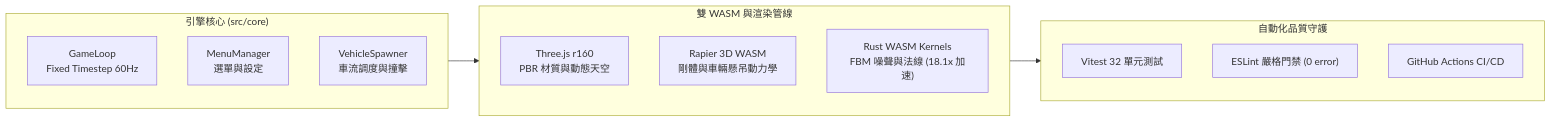
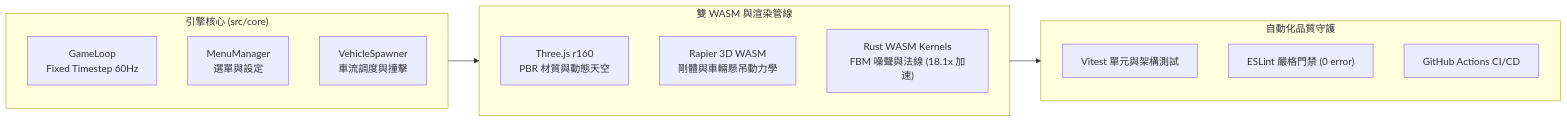
The diagram in README.md (howardtuan/YanlinGTA), drawn with Mermaid before and after one commit. The commit also changed other lines of this file and 11 other files, not shown here.

Commit message:
chore(docs): 整頓 GitHub Flow 開發規範 SSOT 與資料一致性測試

````diff
--- a/README.md
+++ b/README.md
@@ -85,23 +85,23 @@
 ```mermaid
 flowchart LR
     subgraph CoreEngine["引擎核心 (src/core)"]
         GameLoop["GameLoop<br/>Fixed Timestep 60Hz"]
         MenuManager["MenuManager<br/>選單與設定"]
         VehicleSpawner["VehicleSpawner<br/>車流調度與撞擊"]
     end
 
     subgraph Subsystems["雙 WASM 與渲染管線"]
         Three["Three.js r160<br/>PBR 材質與動態天空"]
         Rapier["Rapier 3D WASM<br/>剛體與車輛懸吊動力學"]
         RustKernels["Rust WASM Kernels<br/>FBM 噪聲與法線 (18.1x 加速)"]
     end
 
     subgraph Defense["自動化品質守護"]
-        Vitest["Vitest 32 單元測試"]
+        Vitest["Vitest 單元與架構測試"]
         ESLint["ESLint 嚴格門禁 (0 error)"]
         CI["GitHub Actions CI/CD"]
     end
 
     CoreEngine --> Subsystems
     Subsystems --> Defense
 ```
````
